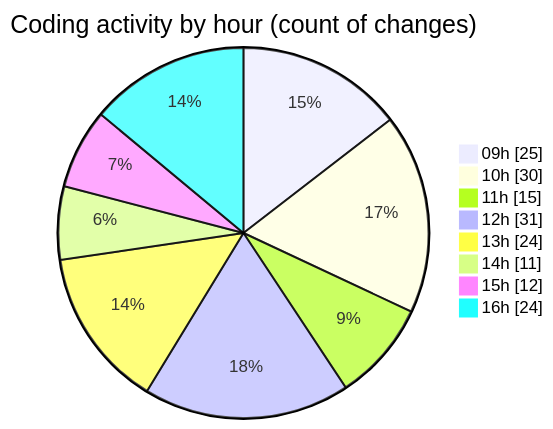
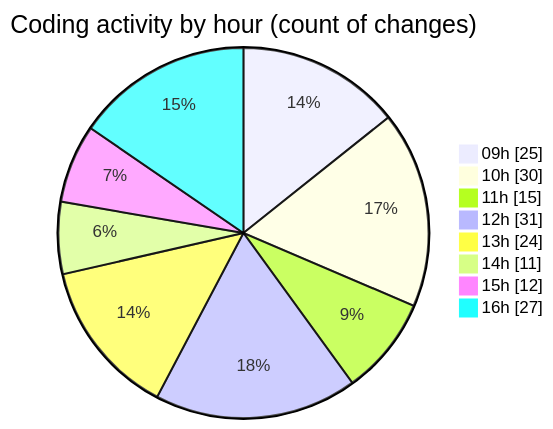
Before and after one commit to momahboobian/code-tracking: the second of 2 diagrams in 2025-11-18/cda/README.md, drawn with Mermaid. The commit also changed other lines of this file and 1 other file, not shown here.

````diff
--- a/2025-11-18/cda/README.md
+++ b/2025-11-18/cda/README.md
@@ -45,12 +45,12 @@
 ```mermaid
 pie showData
 title Coding activity by hour (count of changes)
 "09h" : 25
 "10h" : 30
 "11h" : 15
 "12h" : 31
 "13h" : 24
 "14h" : 11
 "15h" : 12
-"16h" : 24
+"16h" : 27
 ```
````
